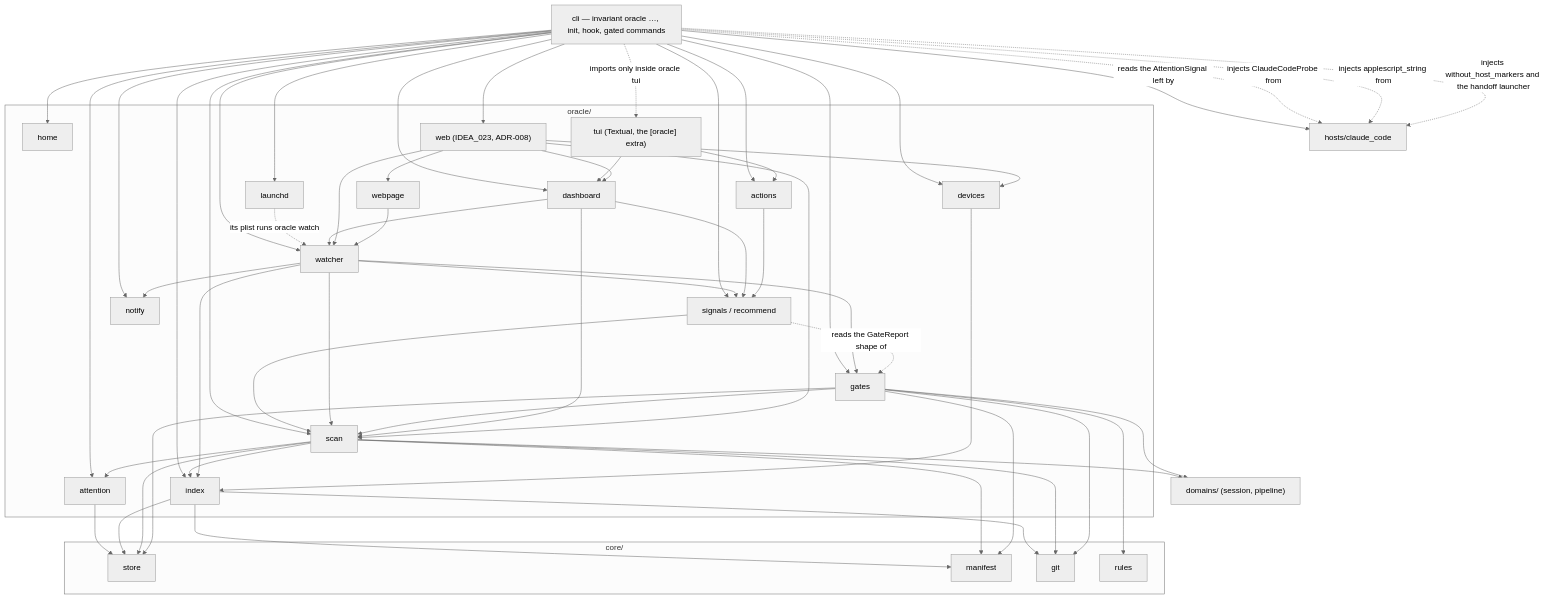
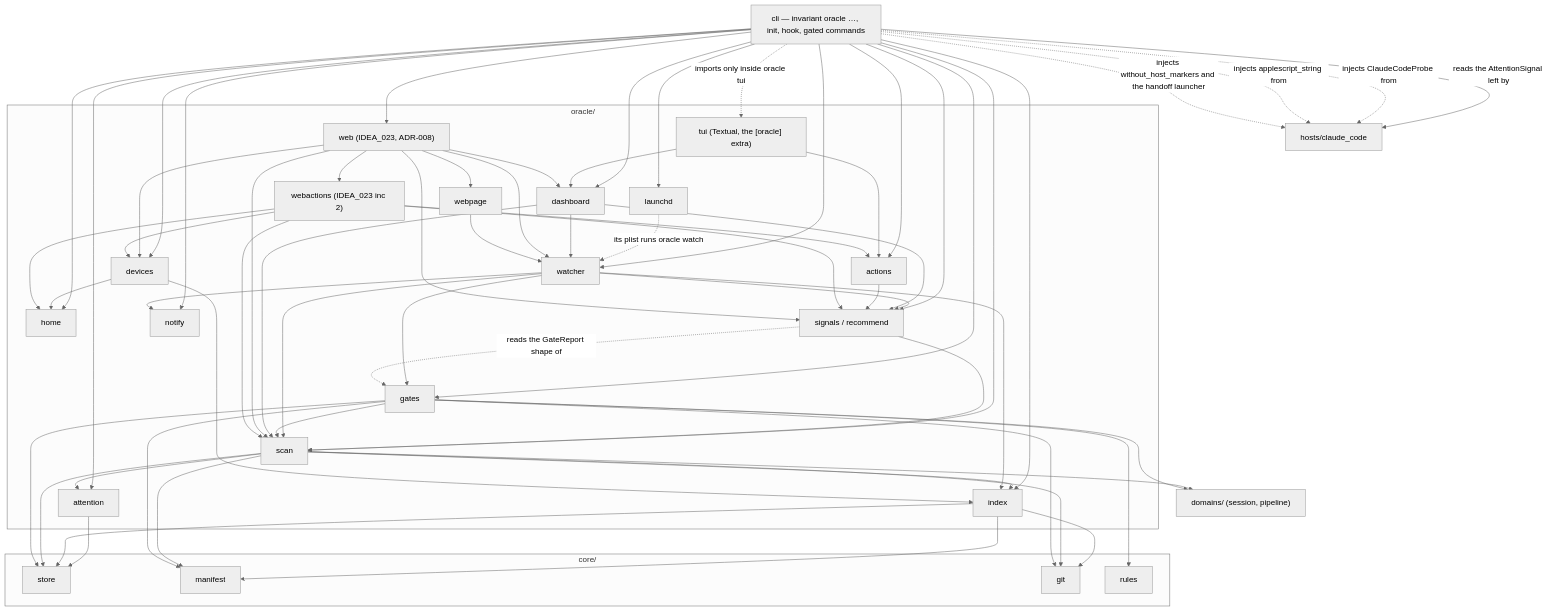
Before and after one commit to Mindchallenges/Invariant: the diagram in docs/architecture/oracle.md, drawn with Mermaid (neutral theme). The commit also changed other lines of this file and 16 other files, not shown here.

First line of the commit message:
oracle - confirm-first actions from the web page, listener hardening (IDEA_023 inc 2)

````diff
--- a/docs/architecture/oracle.md
+++ b/docs/architecture/oracle.md
@@ -43,6 +44,7 @@
         TUI["tui (Textual, the [oracle] extra)"]
         WEB["web (IDEA_023, ADR-008)"]
         WEBPAGE[webpage]
+        WEBACT["webactions (IDEA_023 inc 2)"]
         DEVICES[devices]
     end
 
@@ -110,4 +112,12 @@
     WEB --> WATCH
     WEBPAGE --> WATCH
     DEVICES --> INDEX
+    DEVICES --> HOME
+    WEB --> WEBACT
+    WEBACT --> ACTIONS
+    WEBACT --> DEVICES
+    WEBACT --> SCAN
+    WEBACT --> HOME
+    WEBACT --> SIGNALS
+    WEB --> SIGNALS
 ```
````
